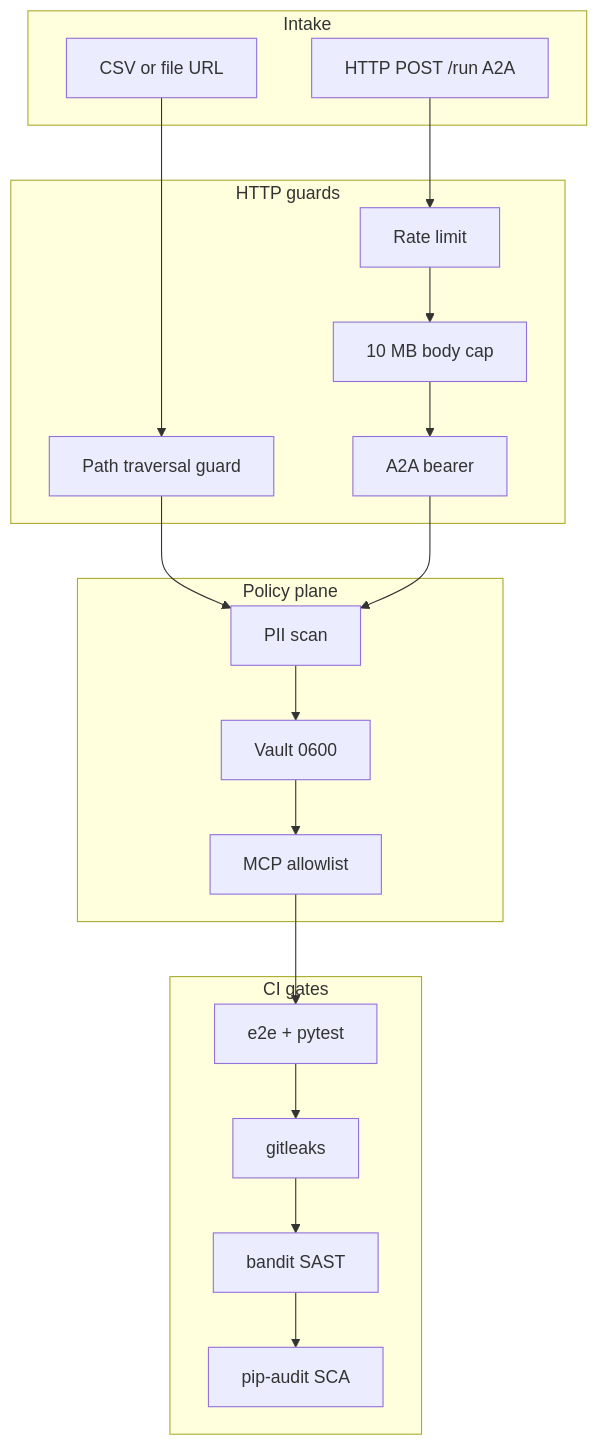
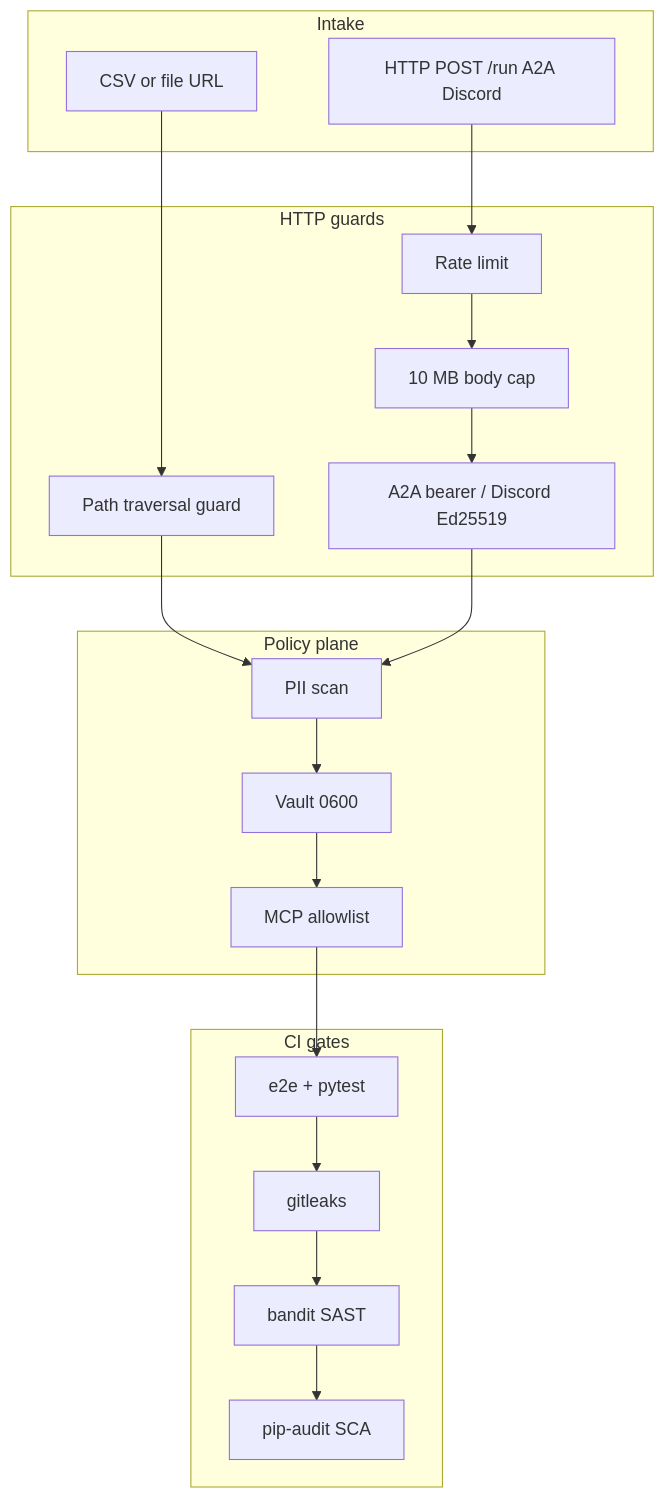
Before and after one commit to khaosans/operator-etl: the first of 3 diagrams in docs/SECURITY-HARDENING.md, drawn with Mermaid. The commit also changed other lines of this file and 27 other files, not shown here.

````diff
--- a/docs/SECURITY-HARDENING.md
+++ b/docs/SECURITY-HARDENING.md
@@ -15,40 +15,40 @@
 ```mermaid
 flowchart TB
   subgraph intake [Intake]
     CSV[CSV or file URL]
-    HTTP[HTTP POST /run A2A]
+    HTTP[HTTP POST /run A2A Discord]
   end
 
   subgraph middleware [HTTP guards]
     Rate[Rate limit]
     Body[10 MB body cap]
     Path[Path traversal guard]
-    Auth[A2A bearer]
+    Auth[A2A bearer / Discord Ed25519]
   end
 
   subgraph policy [Policy plane]
     PII[PII scan]
     Vault[Vault 0600]
     MCP[MCP allowlist]
   end
 
   subgraph ci [CI gates]
     E2E[e2e + pytest]
     Gitleaks[gitleaks]
     Bandit[bandit SAST]
     Audit[pip-audit SCA]
   end
 
   CSV --> Path
   HTTP --> Rate
   Rate --> Body
   Body --> Auth
   Path --> PII
   Auth --> PII
   PII --> Vault
   Vault --> MCP
   MCP --> E2E
   E2E --> Gitleaks
   Gitleaks --> Bandit
   Bandit --> Audit
 ```
````
